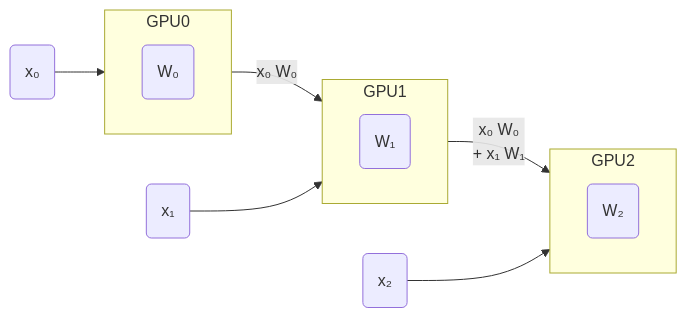
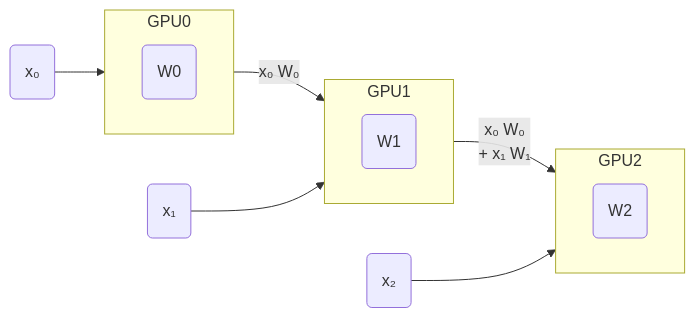
Before and after one commit to saforem2/personal_site: diagram 13 of 13 in docs/talks/ai-for-science-2024/ai-for-science-2024.md, drawn with Mermaid. The commit also changed other lines of this file and 124 other files, not shown here.

````diff
--- a/docs/talks/ai-for-science-2024/ai-for-science-2024.md
+++ b/docs/talks/ai-for-science-2024/ai-for-science-2024.md
@@ -996,20 +996,20 @@
 ``` mermaid
 flowchart LR
     subgraph X0["`GPU0`"]
         direction LR
-        a("`W₀`")
+        a("`W0`")
     end
     subgraph X1["`GPU1`"]
         direction LR
-        b("`W₁`")
+        b("`W1`")
     end
     subgraph X2["`GPU2`"]
         direction LR
-        c("`W₂`")
+        c("`W2`")
     end
   t0("`x₀`")-->X0
   X0 -->|"`x₀ W₀`"|X1
   X1 -->|"`x₀ W₀ <br>+ x₁ W₁`"|X2
   t1("`x₁`") --> X1
   t2("`x₂`") --> X2
 ```
````
